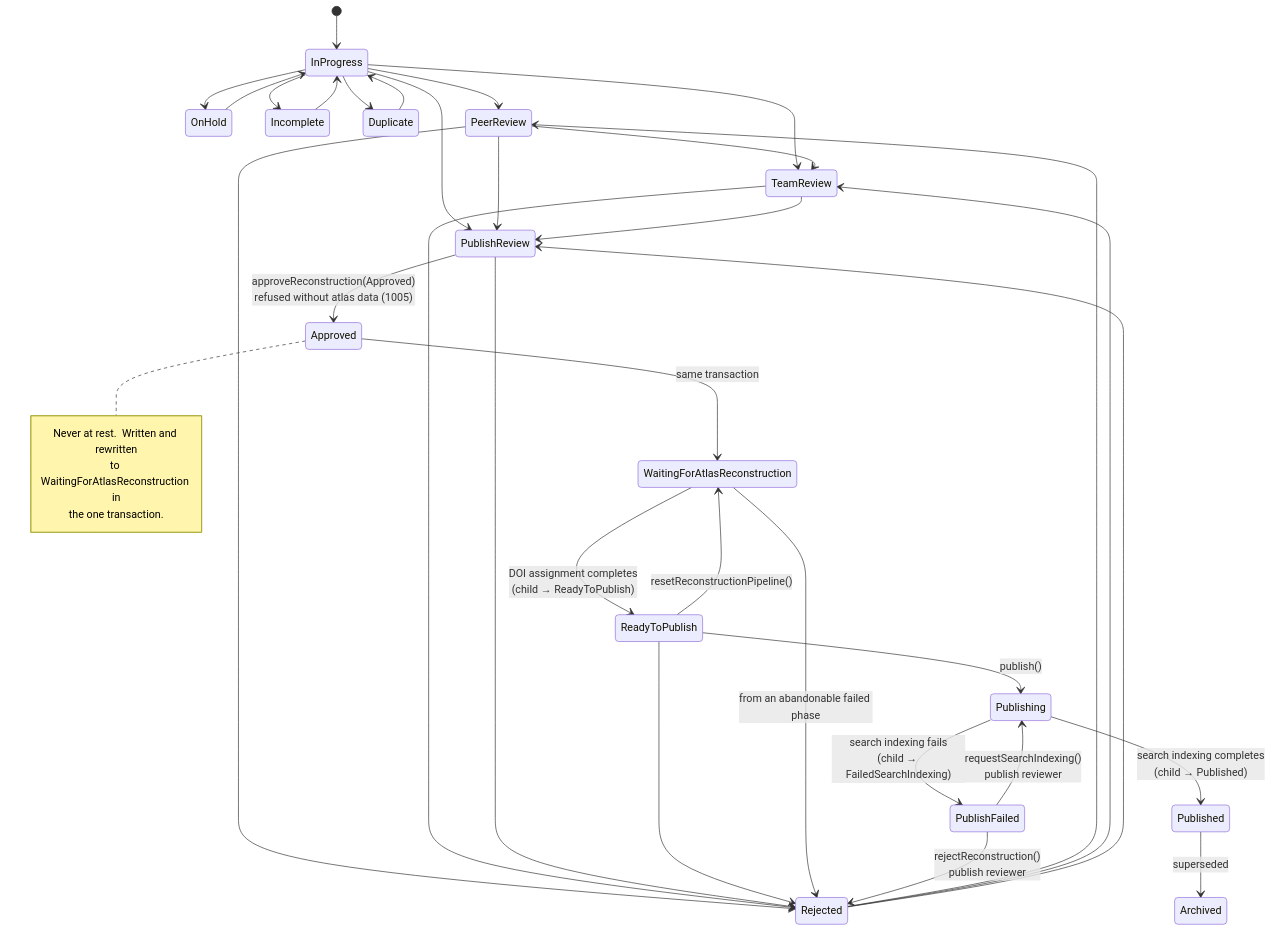
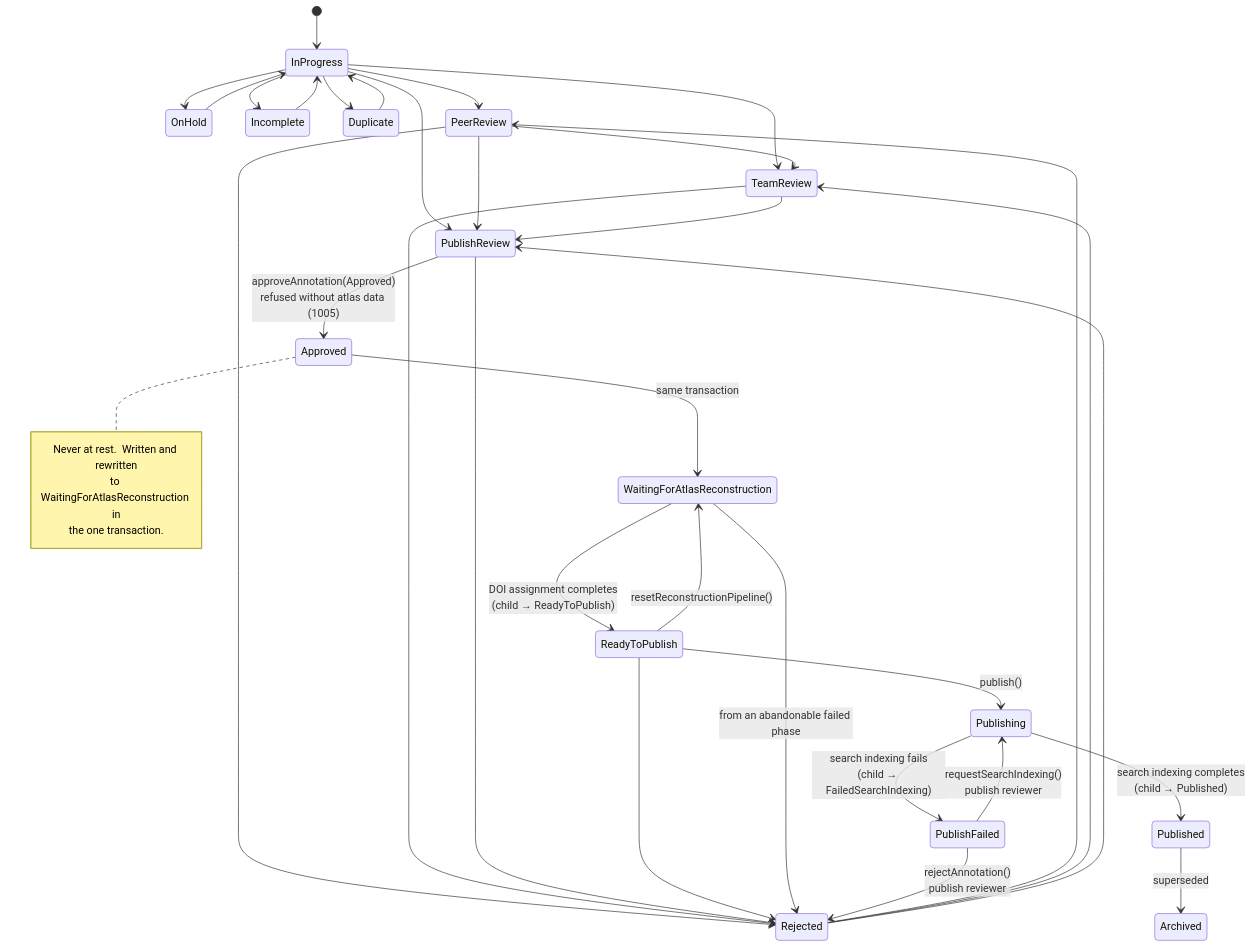
The sixth of 8 diagrams in doc/publish-workflow.md (AllenNeuralDynamics/nmcp-api), drawn with Mermaid before and after one commit. The commit also changed other lines of this file and 70 other files, not shown here.

Commit message:
Update data model for annotation/specimen-space reconstruction.

````diff
--- a/doc/publish-workflow.md
+++ b/doc/publish-workflow.md
@@ -640,44 +665,44 @@
 ```mermaid
 stateDiagram-v2
     direction TB
     [*] --> InProgress
     InProgress --> OnHold
     OnHold --> InProgress
     InProgress --> Incomplete
     Incomplete --> InProgress
     InProgress --> Duplicate
     Duplicate --> InProgress
     InProgress --> PeerReview
     InProgress --> TeamReview
     InProgress --> PublishReview
     PeerReview --> TeamReview
     PeerReview --> PublishReview
     TeamReview --> PublishReview
-    PublishReview --> Approved: approveReconstruction(Approved)<br/>refused without atlas data (1005)
+    PublishReview --> Approved: approveAnnotation(Approved)<br/>refused without atlas data (1005)
 
     state "Approved" as Approved
     note right of Approved
         Never at rest.  Written and rewritten
         to WaitingForAtlasReconstruction in
         the one transaction.
     end note
 
     Approved --> WaitingForAtlasReconstruction: same transaction
     WaitingForAtlasReconstruction --> ReadyToPublish: DOI assignment completes<br/>(child → ReadyToPublish)
     ReadyToPublish --> WaitingForAtlasReconstruction: resetReconstructionPipeline()
     ReadyToPublish --> Publishing: publish()
     Publishing --> Published: search indexing completes<br/>(child → Published)
     Publishing --> PublishFailed: search indexing fails<br/>(child → FailedSearchIndexing)
     PublishFailed --> Publishing: requestSearchIndexing()<br/>publish reviewer
     Published --> Archived: superseded
 
     PeerReview --> Rejected
     TeamReview --> Rejected
     PublishReview --> Rejected
     ReadyToPublish --> Rejected
     WaitingForAtlasReconstruction --> Rejected: from an abandonable failed phase
-    PublishFailed --> Rejected: rejectReconstruction()<br/>publish reviewer
+    PublishFailed --> Rejected: rejectAnnotation()<br/>publish reviewer
     Rejected --> PeerReview
     Rejected --> TeamReview
     Rejected --> PublishReview
 ```
````
